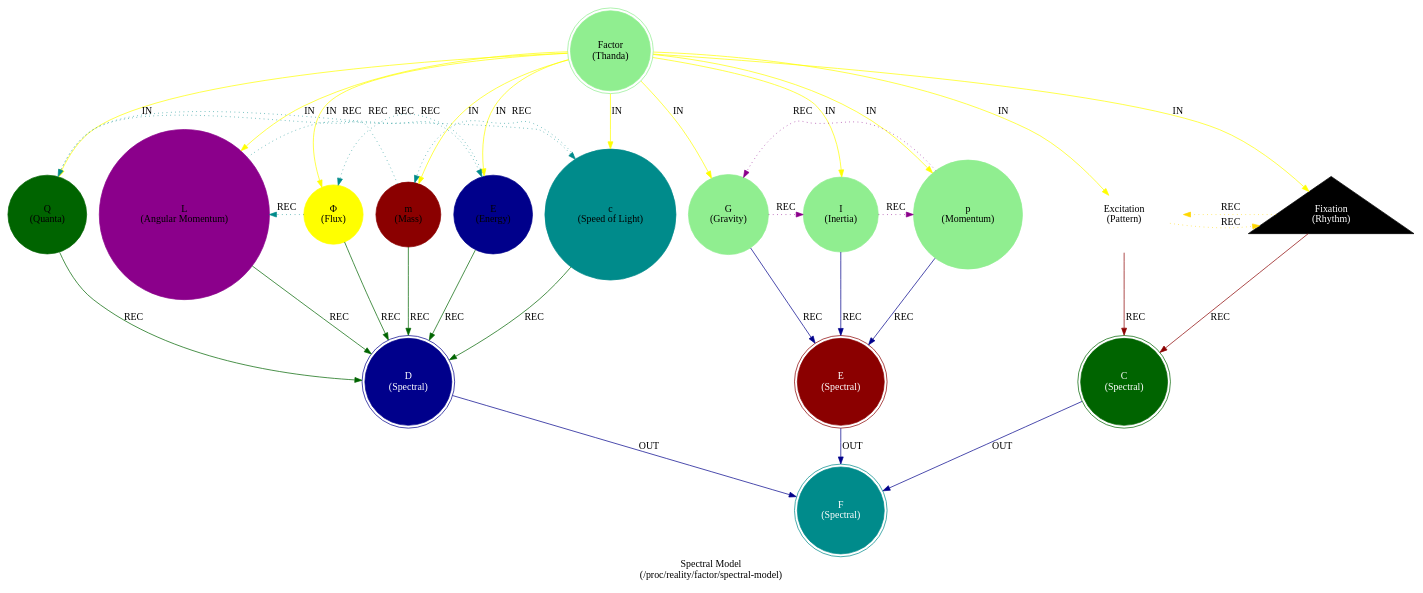
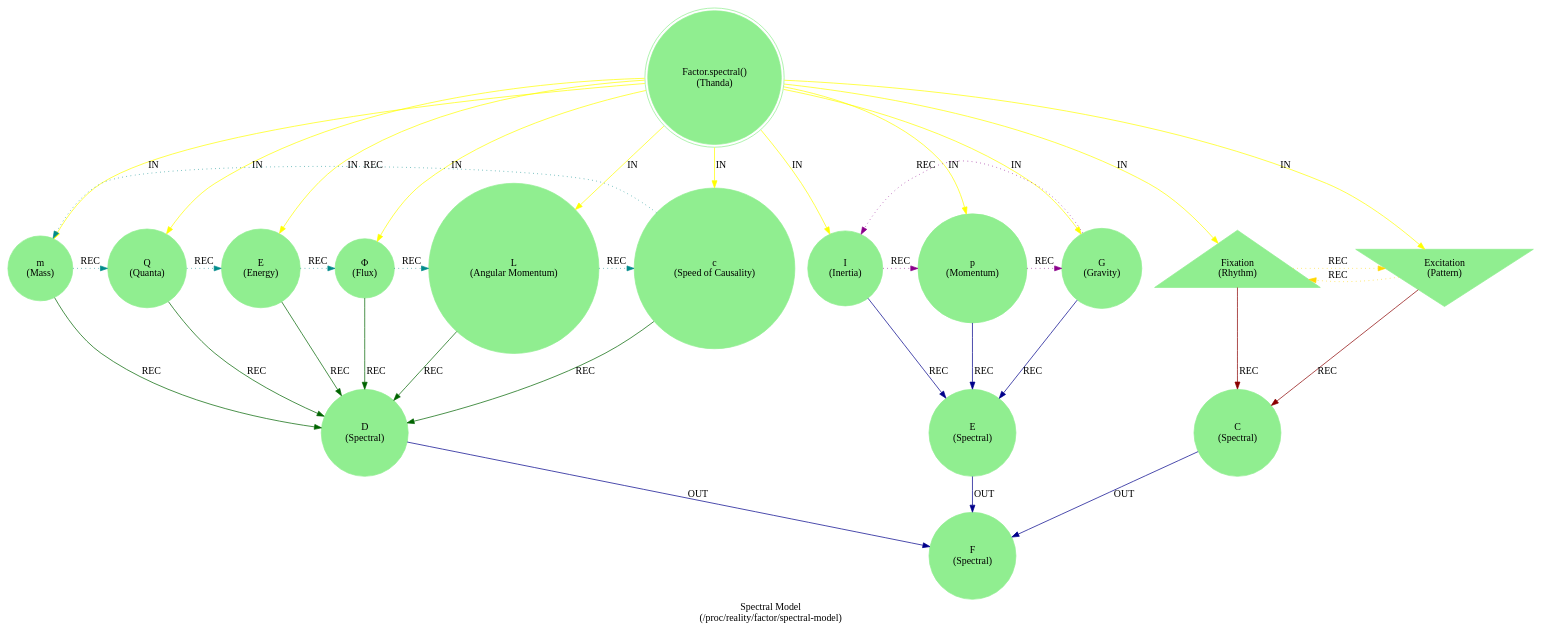
Before and after one commit to cilang/mythos: the diagram in src/core/mythos_factor_spectral.dot, drawn with Graphviz. The commit also changed 14 other files, not shown here.

```diff
--- a/src/core/mythos_factor_spectral.dot
+++ b/src/core/mythos_factor_spectral.dot
@@ -1,39 +1,39 @@
 strict digraph G {
     label = "Spectral Model\n(/proc/reality/factor/spectral-model)";
     style = filled;
     color = lightgray;
     node [shape = circle; style = filled; color = lightgreen;];
     
     // Spectral Model
-    spark_0_spectral_seed_t [label = "Factor\n(Thanda)";shape = doublecircle;comment = "";];
-    spark_1_spectral_seed_t [label = "m\n(Mass)";shape = circle;color = darkred;comment = "";];
-    spark_2_spectral_seed_t [label = "Q\n(Quanta)";shape = circle;color = darkgreen;comment = "Discrete unit of existence. Bridge between Mass and Energy.";];
+    spark_0_spectral_seed_t [label = "Factor.spectral()\n(Thanda)";shape = doublecircle;comment = "";];
+    spark_1_spectral_seed_t [label = "m\n(Mass)";shape = circle;comment = "";];
+    spark_2_spectral_seed_t [label = "Q\n(Quanta)";shape = circle;comment = "Discrete unit of existence. Bridge between Mass and Energy.";];
+    spark_4_spectral_seed_t [label = "E\n(Energy)";shape = circle;comment = "";];
+    spark_8_spectral_seed_t [label = "Φ\n(Flux)";shape = circle;comment = "Energy flow; excitation pathway. Higher form of phase.";];
+    spark_7_spectral_seed_t [label = "L\n(Angular Momentum)";shape = circle;comment = "";];
+    spark_5_spectral_seed_t [label = "c\n(Speed of Causality)";shape = circle;comment = "Possibility Space; transformation drive. Emergence catalyst.";];
     spark_3_spectral_seed_t [label = "I\n(Inertia)";shape = circle;comment = "";];
-    spark_4_spectral_seed_t [label = "E\n(Energy)";shape = circle;color = darkblue;comment = "";];
-    spark_5_spectral_seed_t [label = "c\n(Speed of Light)";shape = circle;color = darkcyan;comment = "Possibility Space; transformation drive. Emergence catalyst.";];
     spark_6_spectral_seed_t [label = "p\n(Momentum)";shape = circle;comment = "";];
-    spark_7_spectral_seed_t [label = "L\n(Angular Momentum)";shape = circle;color = darkmagenta;comment = "";];
-    spark_8_spectral_seed_t [label = "Φ\n(Flux)";shape = circle;color = yellow;comment = "Energy flow; excitation pathway. Higher form of phase.";];
     spark_9_spectral_seed_t [label = "G\n(Gravity)";shape = circle;comment = "";];
-    spark_a_spectral_seed_t [label = "Fixation\n(Rhythm)";shape = triangle;color = black;fontcolor = white;comment = "";];
-    spark_b_spectral_seed_t [label = "Excitation\n(Pattern)";shape = invtriangle;color = white;comment = "";];
-    spark_c_spectral_seed_t [label = "C\n(Spectral)";shape = doublecircle;color = darkgreen;style = filled;fontcolor = white;];
-    spark_d_spectral_seed_t [label = "D\n(Spectral)";shape = doublecircle;color = darkblue;style = filled;fontcolor = white;];
-    spark_e_spectral_seed_t [label = "E\n(Spectral)";shape = doublecircle;color = darkred;style = filled;fontcolor = white;];
-    spark_f_spectral_seed_t [label = "F\n(Spectral)";shape = doublecircle;color = darkcyan;style = filled;fontcolor = white;];
+    spark_a_spectral_seed_t [label = "Fixation\n(Rhythm)";shape = triangle;comment = "";];
+    spark_b_spectral_seed_t [label = "Excitation\n(Pattern)";shape = invtriangle;comment = "";];
+    spark_c_spectral_seed_t [label = "C\n(Spectral)";comment = "";];
+    spark_d_spectral_seed_t [label = "D\n(Spectral)";comment = "";];
+    spark_e_spectral_seed_t [label = "E\n(Spectral)";comment = "";];
+    spark_f_spectral_seed_t [label = "F\n(Spectral)";comment = "";];
     
     // IN = Input
     // OUT = Output
     // REC = Recursion
     spark_0_spectral_seed_t -> {spark_a_spectral_seed_t spark_b_spectral_seed_t spark_1_spectral_seed_t spark_2_spectral_seed_t spark_3_spectral_seed_t spark_4_spectral_seed_t spark_5_spectral_seed_t spark_6_spectral_seed_t spark_7_spectral_seed_t spark_8_spectral_seed_t spark_9_spectral_seed_t} [label = "IN"; color = yellow; comment = "";];
     
     {spark_a_spectral_seed_t spark_b_spectral_seed_t} -> spark_c_spectral_seed_t [label = "REC"; color = darkred; comment = "";];
     {spark_1_spectral_seed_t spark_2_spectral_seed_t spark_4_spectral_seed_t spark_8_spectral_seed_t spark_7_spectral_seed_t spark_5_spectral_seed_t} -> spark_d_spectral_seed_t [label = "REC"; color = darkgreen; comment = "";];
     {spark_3_spectral_seed_t spark_6_spectral_seed_t spark_9_spectral_seed_t} -> spark_e_spectral_seed_t [label = "REC"; color = darkblue; comment = "";];
     
     spark_1_spectral_seed_t -> spark_2_spectral_seed_t -> spark_4_spectral_seed_t -> spark_8_spectral_seed_t -> spark_7_spectral_seed_t -> spark_5_spectral_seed_t -> spark_1_spectral_seed_t [label = "REC"; color = darkcyan; comment = ""; style = dotted; constraint = false;];
     spark_3_spectral_seed_t -> spark_6_spectral_seed_t -> spark_9_spectral_seed_t -> spark_3_spectral_seed_t [label = "REC"; color = darkmagenta; comment = ""; style = dotted; constraint = false;];
     spark_a_spectral_seed_t -> spark_b_spectral_seed_t -> spark_a_spectral_seed_t [label = "REC"; color = gold; comment = ""; style = dotted; constraint = false;];
     
     {spark_c_spectral_seed_t spark_d_spectral_seed_t spark_e_spectral_seed_t} -> spark_f_spectral_seed_t [label = "OUT"; color = darkblue; comment = "";];
 }
```
